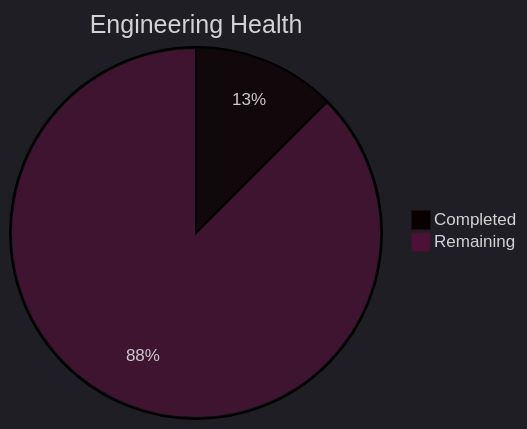
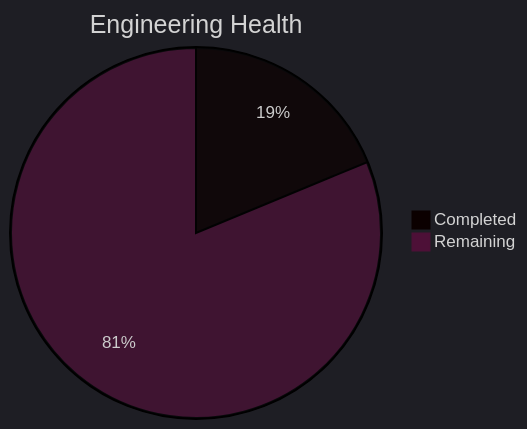
The third of 5 diagrams in tools/SK8Lytz_Bucket_List.md (Neogleamz/SK8Lytz), drawn with Mermaid before and after one commit. The commit also changed other lines of this file and 4 other files, not shown here.

````diff
--- a/tools/SK8Lytz_Bucket_List.md
+++ b/tools/SK8Lytz_Bucket_List.md
@@ -37,6 +37,6 @@
 ```mermaid
 %%{init: {'theme': 'dark'}}%%
 pie title Engineering Health
-  "Completed" : 2
-  "Remaining" : 14
+  "Completed" : 3
+  "Remaining" : 13
 ```
````
